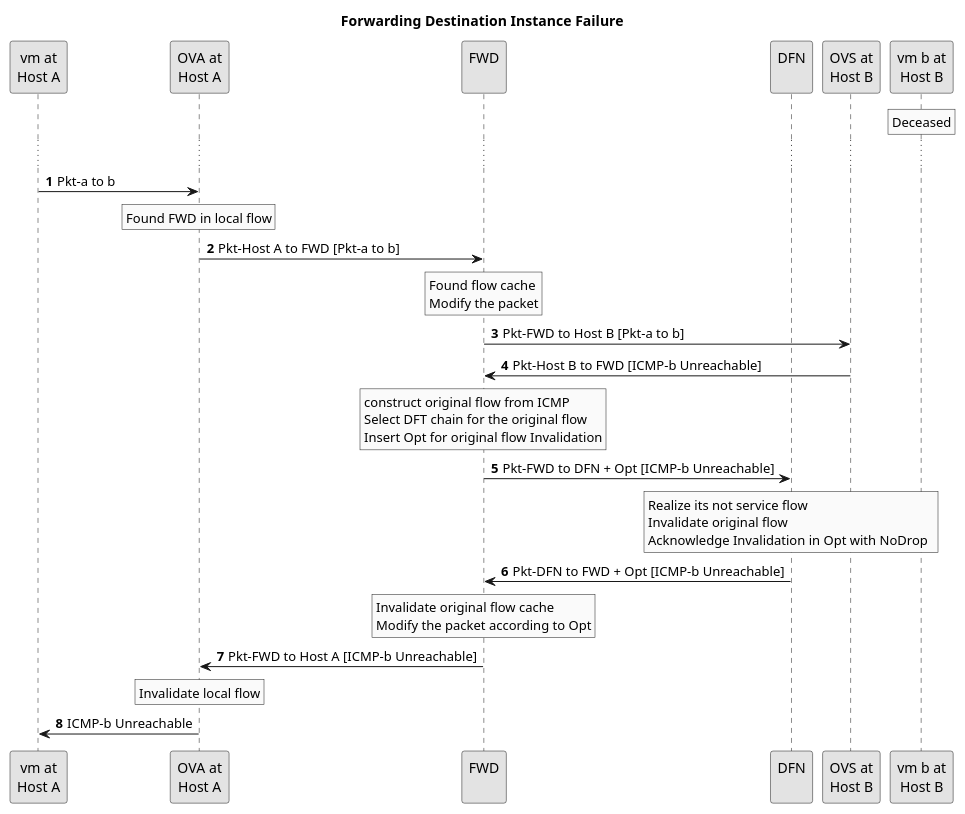
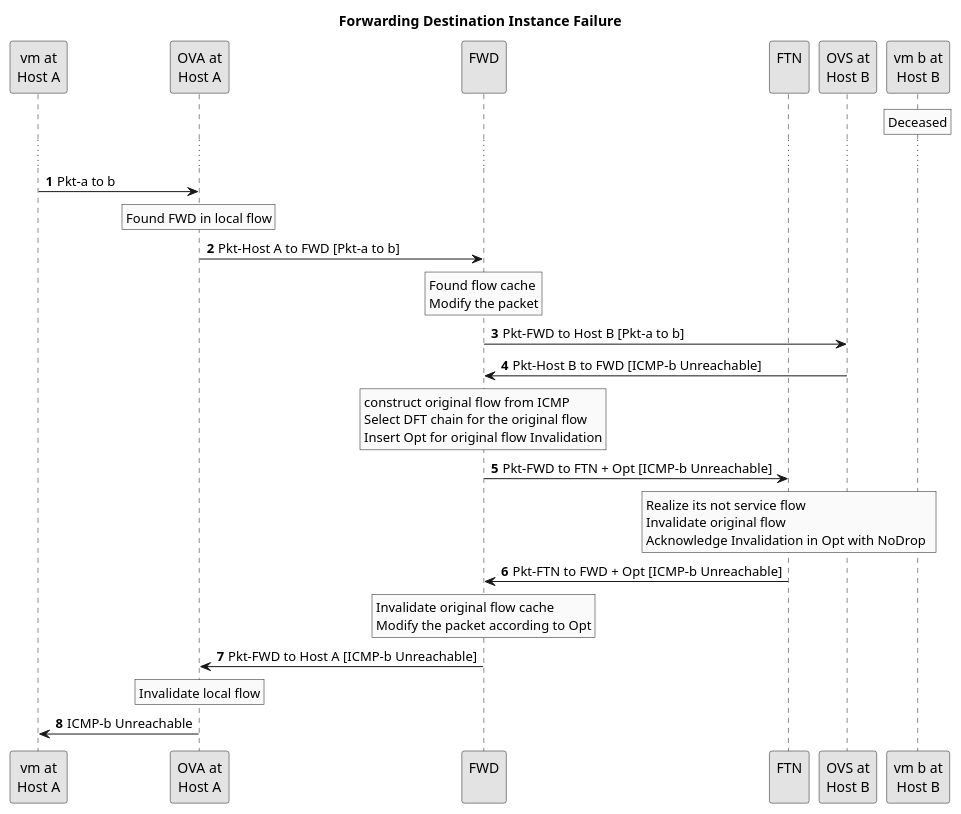
One commit to CentaurusInfra/mizar changed the diagram in docs/design/puml/zeta_packet_farwarding_failure_dest_instance.puml. Above: the diagram before and after it, drawn with PlantUML. The commit also changed 13 other files, not shown here.

Commit message:
Zeta SDD: change DFN to FTN to be consistent

```diff
--- a/docs/design/puml/zeta_packet_farwarding_failure_dest_instance.puml
+++ b/docs/design/puml/zeta_packet_farwarding_failure_dest_instance.puml
@@ -1,72 +1,72 @@
 @startuml
 
 ' SPDX-License-Identifier: MIT
 ' Copyright (c) 2020 The Authors.
 
 ' Authors: Bin Liang
 
 ' Permission is hereby granted, free of charge, to any person obtaining a copy
 ' of this software and associated documentation files (the "Software"), to deal
 ' in the Software without restriction, including without limitation the rights
 ' to use, copy, modify, merge, publish, distribute, sublicense, and/or sell
 ' copies of the Software, and to permit persons to whom the Software is
 ' furnished to do so, subject to the following conditions:The above copyright
 ' notice and this permission notice shall be included in all copies or
 ' substantial portions of the Software.THE SOFTWARE IS PROVIDED "AS IS",
 ' WITHOUT WARRANTY OF ANY KIND, EXPRESS OR IMPLIED, INCLUDING BUT NOT LIMITED
 ' TO THE WARRANTIES OF MERCHANTABILITY, FITNESS FOR A PARTICULAR PURPOSE AND
 ' NONINFRINGEMENT. IN NO EVENT SHALL THE AUTHORS OR COPYRIGHT HOLDERS BE LIABLE
 ' FOR ANY CLAIM, DAMAGES OR OTHER LIABILITY, WHETHER IN AN ACTION OF CONTRACT,
 ' TORT OR OTHERWISE, ARISING FROM, OUT OF OR IN CONNECTION WITH THE SOFTWARE OR
 ' THE USE OR OTHER DEALINGS IN THE SOFTWARE.
 
 title Forwarding Destination Instance Failure
 skinparam monochrome true
 autonumber
 
 participant "vm at\nHost A" as a
 participant "OVA at\nHost A" as oa
 participant "FWD\n" as FWD
-participant "DFN\n" as DFN
+participant "FTN\n" as FTN
 participant "OVS at\nHost B" as ob
 participant "vm b at\nHost B" as b
 
 rnote over b
     Deceased
 endrnote
 ...
 
 a -> oa: Pkt-a to b
 rnote over oa
     Found FWD in local flow
 endrnote
 oa -> FWD: Pkt-Host A to FWD [Pkt-a to b]
 rnote over FWD
     Found flow cache
     Modify the packet
 endrnote
 FWD -> ob: Pkt-FWD to Host B [Pkt-a to b]
 ob -> FWD: Pkt-Host B to FWD [ICMP-b Unreachable]
 rnote over FWD
     construct original flow from ICMP
     Select DFT chain for the original flow
     Insert Opt for original flow Invalidation
 endrnote
-FWD -> DFN: Pkt-FWD to DFN + Opt [ICMP-b Unreachable]
-rnote over DFN
+FWD -> FTN: Pkt-FWD to FTN + Opt [ICMP-b Unreachable]
+rnote over FTN
     Realize its not service flow
     Invalidate original flow
     Acknowledge Invalidation in Opt with NoDrop  
 endrnote
-DFN -> FWD: Pkt-DFN to FWD + Opt [ICMP-b Unreachable]
+FTN -> FWD: Pkt-FTN to FWD + Opt [ICMP-b Unreachable]
 rnote over FWD
     Invalidate original flow cache
     Modify the packet according to Opt
 endrnote
 FWD -> oa: Pkt-FWD to Host A [ICMP-b Unreachable]
 rnote over oa
     Invalidate local flow
 endrnote
 oa -> a: ICMP-b Unreachable
 
 @enduml
```
